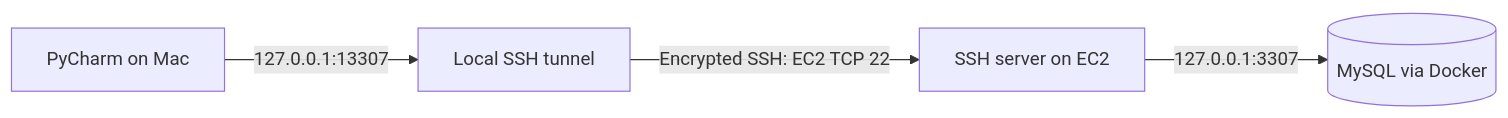
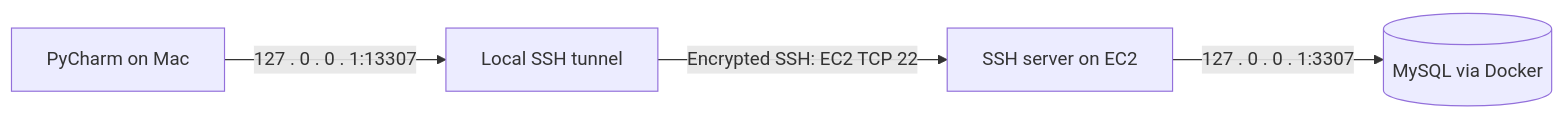
Before and after one commit to nikitsya/TempSafe: the second of 2 diagrams in docs/operations/database-connections.md, drawn with Mermaid. The commit also changed other lines of this file and 9 other files, not shown here.

````diff
--- a/docs/operations/database-connections.md
+++ b/docs/operations/database-connections.md
@@ -69,6 +69,6 @@
 ```mermaid
 flowchart LR
-    IDE[PyCharm on Mac] -->|127.0.0.1:13307| Tunnel[Local SSH tunnel]
+    IDE[PyCharm on Mac] -->|127 . 0 . 0 . 1:13307| Tunnel[Local SSH tunnel]
     Tunnel -->|Encrypted SSH: EC2 TCP 22| SSH[SSH server on EC2]
-    SSH -->|127.0.0.1:3307| DB[(MySQL via Docker)]
+    SSH -->|127 . 0 . 0 . 1:3307| DB[(MySQL via Docker)]
 ```
````
